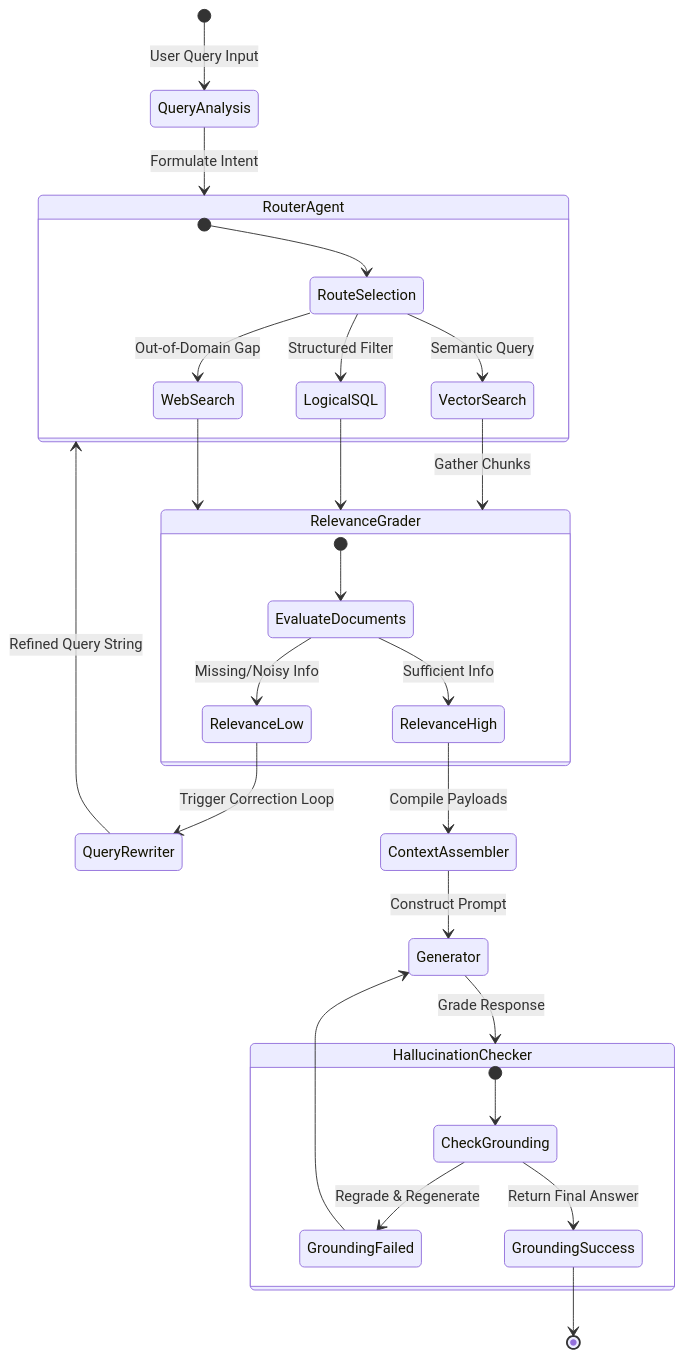
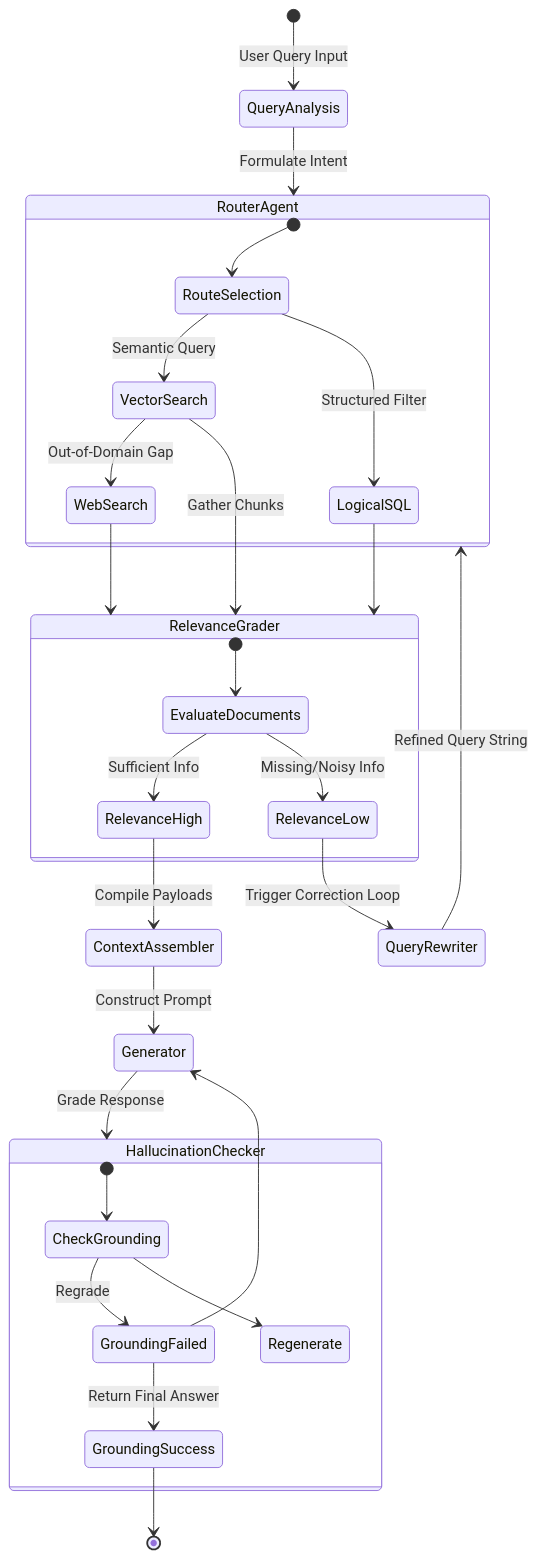
The diagram in blog/posts/agentic-rag-logical-retrieval.md (akmalkhaniub/akmalkhaniub.github.io), drawn with Mermaid before and after one commit. The commit also changed 894 other files, not shown here.

Commit message:
feat(blog): upgrade all 444 posts with unique staggered dates, 2-col Mermaid spines, benchmark tables, code blocks, and trade-offs

````diff
--- a/blog/posts/agentic-rag-logical-retrieval.md
+++ b/blog/posts/agentic-rag-logical-retrieval.md
@@ -24,38 +24,39 @@
 ```mermaid
 stateDiagram-v2
     [*] --> QueryAnalysis : User Query Input
     QueryAnalysis --> RouterAgent : Formulate Intent
     
     state RouterAgent {
         [*] --> RouteSelection
         RouteSelection --> VectorSearch : Semantic Query
         RouteSelection --> LogicalSQL : Structured Filter
-        RouteSelection --> WebSearch : Out-of-Domain Gap
+        VectorSearch --> WebSearch : Out-of-Domain Gap
     }
 
     VectorSearch --> RelevanceGrader : Gather Chunks
     LogicalSQL --> RelevanceGrader
     WebSearch --> RelevanceGrader
     
     state RelevanceGrader {
         [*] --> EvaluateDocuments
         EvaluateDocuments --> RelevanceHigh : Sufficient Info
         EvaluateDocuments --> RelevanceLow : Missing/Noisy Info
     }
 
     RelevanceLow --> QueryRewriter : Trigger Correction Loop
     QueryRewriter --> RouterAgent : Refined Query String
     
     RelevanceHigh --> ContextAssembler : Compile Payloads
     ContextAssembler --> Generator : Construct Prompt
     Generator --> HallucinationChecker : Grade Response
     
     state HallucinationChecker {
         [*] --> CheckGrounding
-        CheckGrounding --> GroundingFailed : Regrade & Regenerate
-        CheckGrounding --> GroundingSuccess : Return Final Answer
+        CheckGrounding --> GroundingFailed : Regrade
+        CheckGrounding --> Regenerate
+        GroundingFailed --> GroundingSuccess : Return Final Answer
     }
     
     GroundingFailed --> Generator
     GroundingSuccess --> [*]
 ```
````
